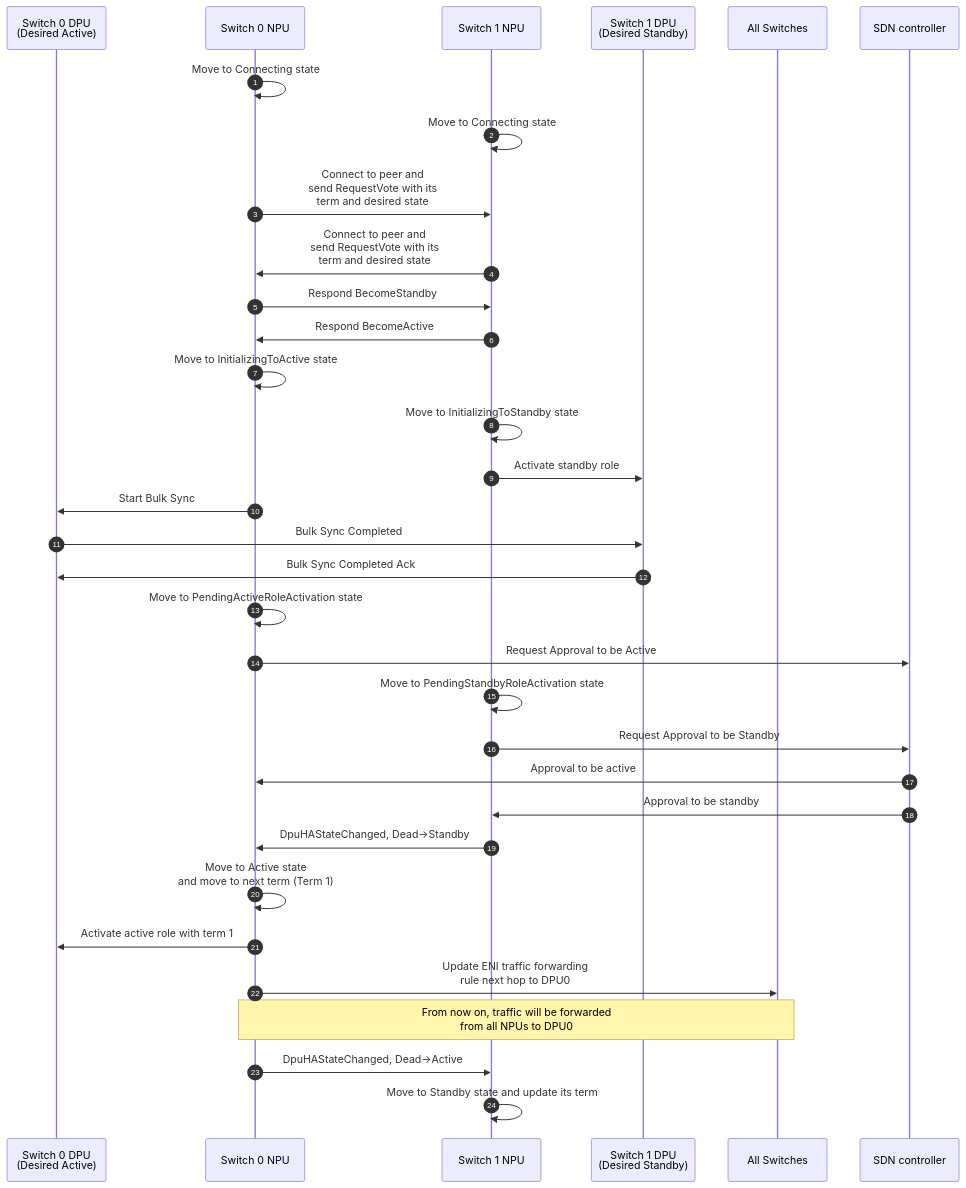
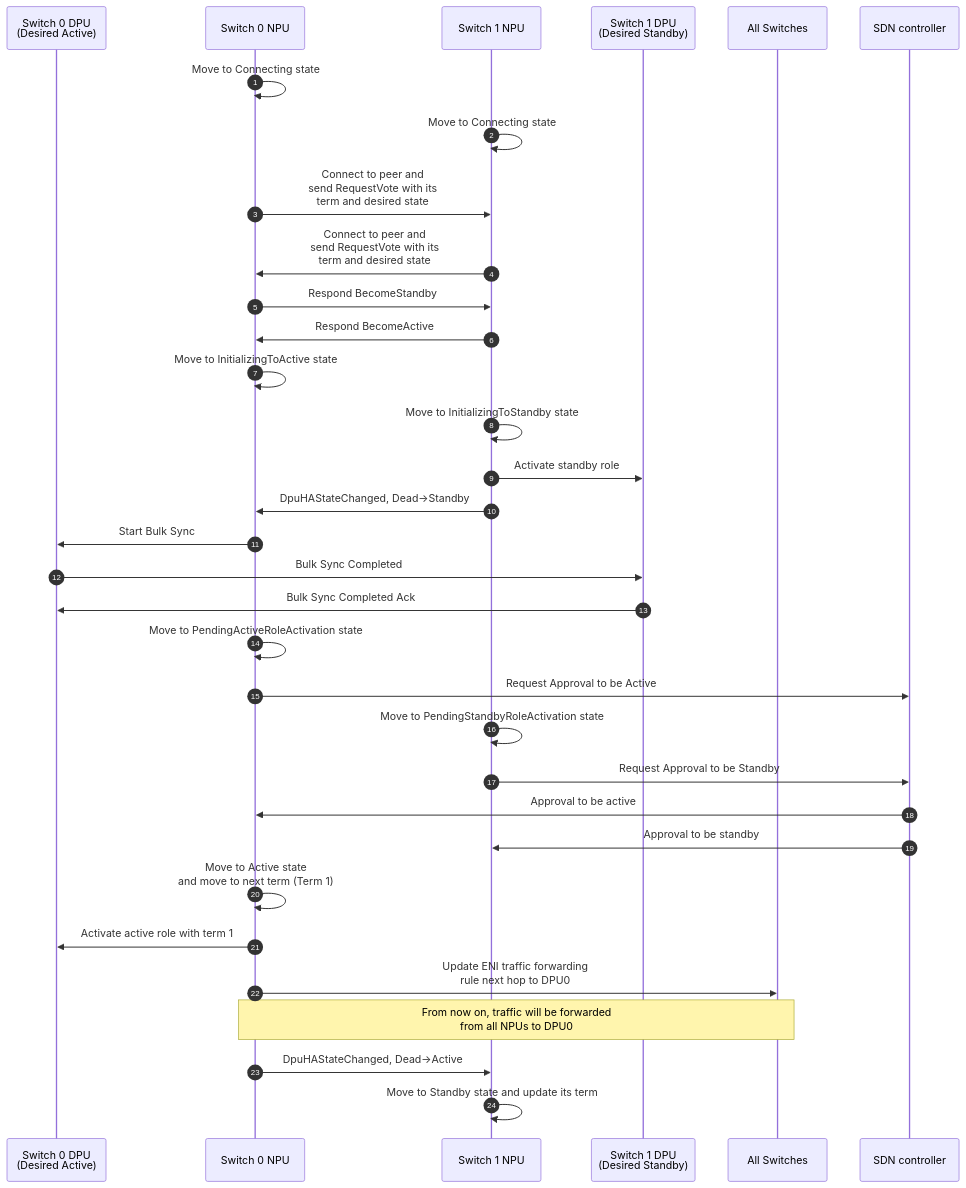
The first of 6 diagrams in doc/smart-switch/high-availability/smart-switch-ha-hld.md (sonic-net/SONiC), drawn with Mermaid before and after one commit. The commit also changed other lines of this file, not shown here.

````diff
--- a/doc/smart-switch/high-availability/smart-switch-ha-hld.md
+++ b/doc/smart-switch/high-availability/smart-switch-ha-hld.md
@@ -983,40 +987,40 @@
 ```mermaid
 sequenceDiagram
     autonumber
 
     participant S0D as Switch 0 DPU<br>(Desired Active)
     participant S0N as Switch 0 NPU
     participant S1N as Switch 1 NPU
     participant S1D as Switch 1 DPU<br>(Desired Standby)
     participant SA as All Switches
     participant SDN as SDN controller
 
     S0N->>S0N: Move to Connecting state
     S1N->>S1N: Move to Connecting state
 
     S0N->>S1N: Connect to peer and<br>send RequestVote with its<br>term and desired state
     S1N->>S0N: Connect to peer and<br>send RequestVote with its<br>term and desired state
     S0N->>S1N: Respond BecomeStandby
     S1N->>S0N: Respond BecomeActive
 
     S0N->>S0N: Move to InitializingToActive state
     S1N->>S1N: Move to InitializingToStandby state
     S1N->>S1D: Activate standby role
+    S1N->>S0N: DpuHAStateChanged, Dead->Standby
     S0N->>S0D: Start Bulk Sync
     S0D->>S1D: Bulk Sync Completed
     S1D->>S0D: Bulk Sync Completed Ack
     S0N->>S0N: Move to PendingActiveRoleActivation state
     S0N->>SDN: Request Approval to be Active
     S1N->>S1N: Move to PendingStandbyRoleActivation state
     S1N->>SDN: Request Approval to be Standby
 
     SDN->>S0N: Approval to be active
     SDN->>S1N: Approval to be standby
-    S1N->>S0N: DpuHAStateChanged, Dead->Standby
     S0N->>S0N: Move to Active state<br>and move to next term (Term 1)
     S0N->>S0D: Activate active role with term 1
     S0N->>SA: Update ENI traffic forwarding<br>rule next hop to DPU0
     Note over S0N,SA: From now on, traffic will be forwarded<br>from all NPUs to DPU0
     S0N->>S1N: DpuHAStateChanged, Dead->Active
     S1N->>S1N: Move to Standby state and update its term
 ```
````
